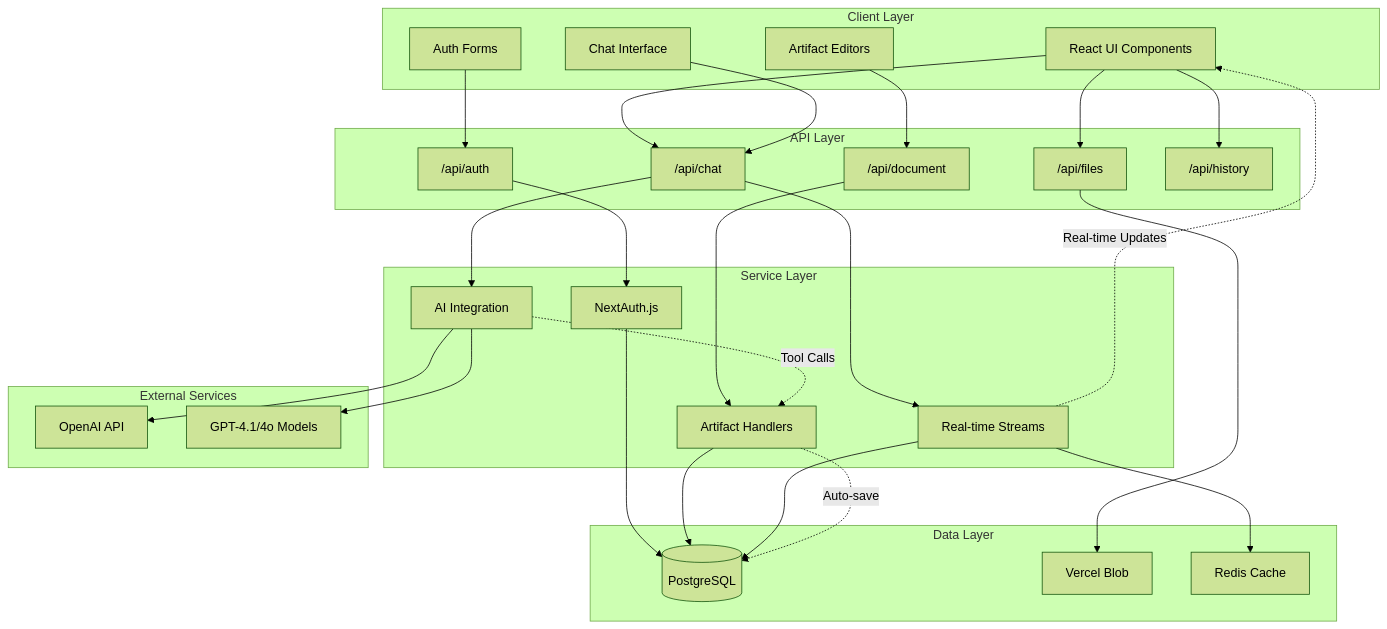
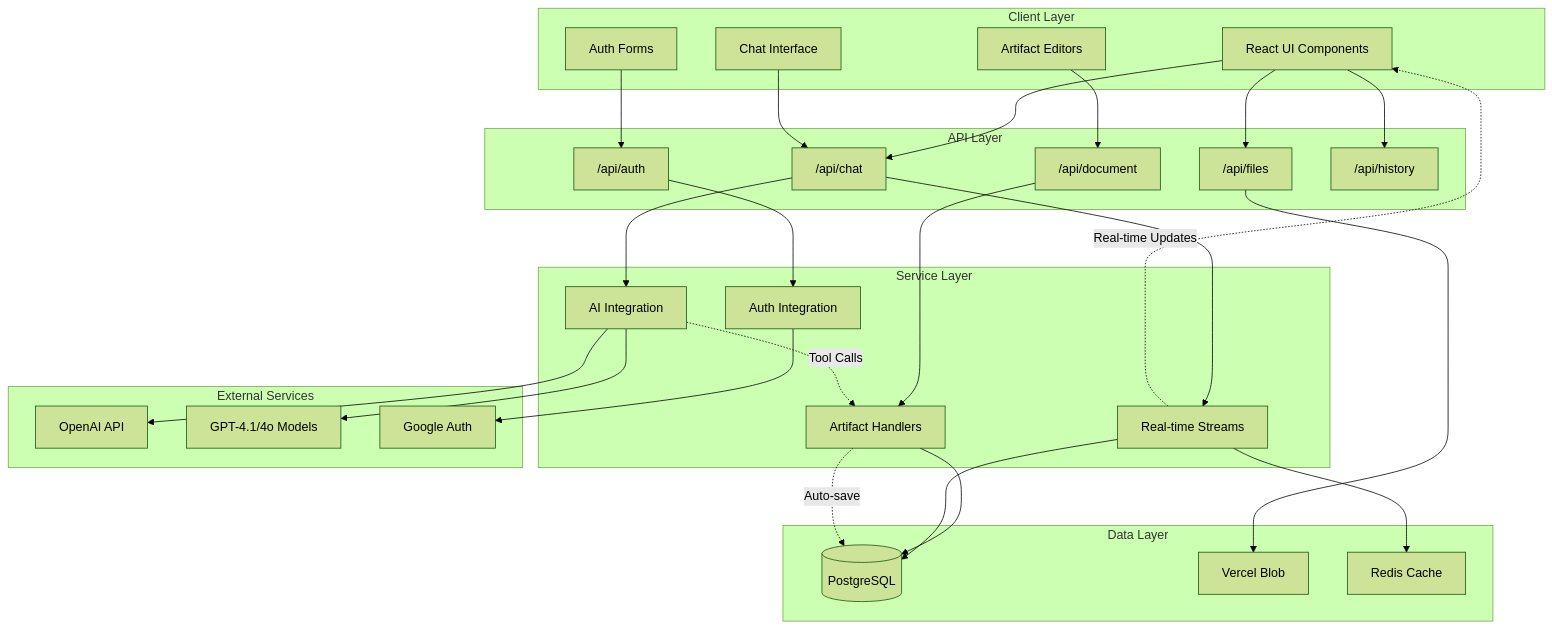
The diagram in README.md (cartermp/gippidy), drawn with Mermaid (forest theme) before and after one commit. The commit also changed other lines of this file, not shown here.

Commit message:
update arch

````diff
--- a/README.md
+++ b/README.md
@@ -11,63 +11,64 @@
 ```mermaid
 graph TB
     subgraph "Client Layer"
         UI[React UI Components]
         Chat[Chat Interface]
         Artifacts[Artifact Editors]
         Auth[Auth Forms]
     end
 
     subgraph "API Layer"
         ChatAPI["/api/chat"]
         AuthAPI["/api/auth"]
         DocAPI["/api/document"]
         FileAPI["/api/files"]
         HistoryAPI["/api/history"]
     end
 
     subgraph "Service Layer"
         AIService[AI Integration]
-        AuthService[NextAuth.js]
+        AuthService[Auth Integration]
         ArtifactService[Artifact Handlers]
         StreamService[Real-time Streams]
     end
 
     subgraph "Data Layer"
         DB[(PostgreSQL)]
         BlobStorage[Vercel Blob]
         Cache[Redis Cache]
     end
 
     subgraph "External Services"
         OpenAI[OpenAI API]
         Models["GPT-4.1/4o Models"]
+        Google["Google Auth"]
     end
 
     %% Client to API connections
     UI --> ChatAPI
     Chat --> ChatAPI
     Artifacts --> DocAPI
     Auth --> AuthAPI
     UI --> FileAPI
     UI --> HistoryAPI
 
     %% API to Service connections
     ChatAPI --> AIService
     ChatAPI --> StreamService
     AuthAPI --> AuthService
     DocAPI --> ArtifactService
     FileAPI --> BlobStorage
 
     %% Service to Data connections
     AIService --> OpenAI
     AIService --> Models
-    AuthService --> DB
+    AuthService --> Google
     ArtifactService --> DB
     StreamService --> Cache
     StreamService --> DB
 
     %% Data flow arrows
     AIService -.->|Tool Calls| ArtifactService
     StreamService -.->|Real-time Updates| UI
     ArtifactService -.->|Auto-save| DB
 ```
````
